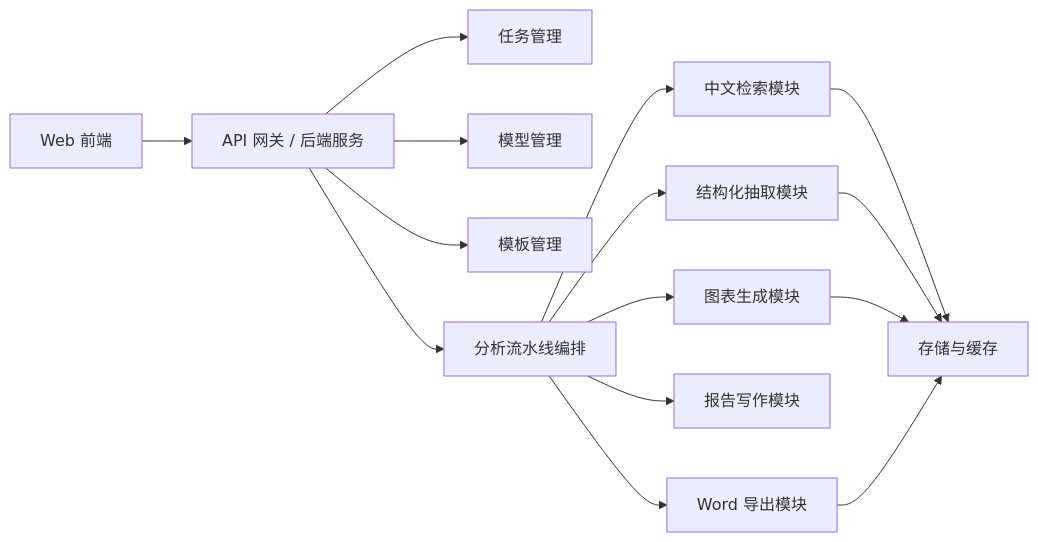
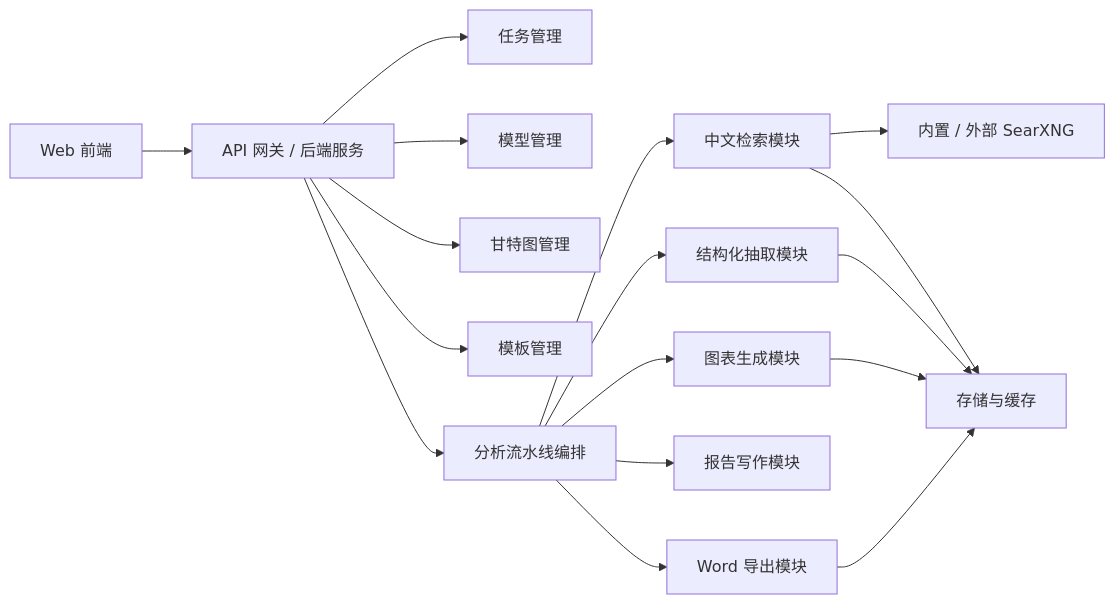
One commit to SA-GIMA/competitive-report-studio changed the first of 2 diagrams in docs/architecture.zh-CN.md. Above: the diagram before and after it, drawn with Mermaid. The commit also changed other lines of this file and 99 other files, not shown here.

````diff
--- a/docs/architecture.zh-CN.md
+++ b/docs/architecture.zh-CN.md
@@ -39,17 +49,19 @@
 ```mermaid
 flowchart LR
   UI["Web 前端"] --> API["API 网关 / 后端服务"]
   API --> Task["任务管理"]
   API --> Model["模型管理"]
+  API --> Gantt["甘特图管理"]
   API --> Template["模板管理"]
   API --> Pipeline["分析流水线编排"]
   Pipeline --> Search["中文检索模块"]
+  Search --> Searxng["内置 / 外部 SearXNG"]
   Pipeline --> Extract["结构化抽取模块"]
   Pipeline --> Chart["图表生成模块"]
   Pipeline --> Writer["报告写作模块"]
   Pipeline --> Docx["Word 导出模块"]
   Search --> Store["存储与缓存"]
   Extract --> Store
   Chart --> Store
   Docx --> Store
 ```
````
